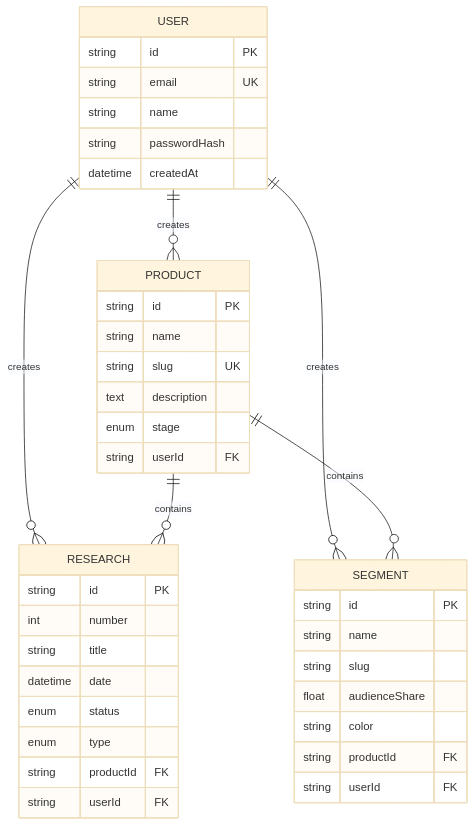
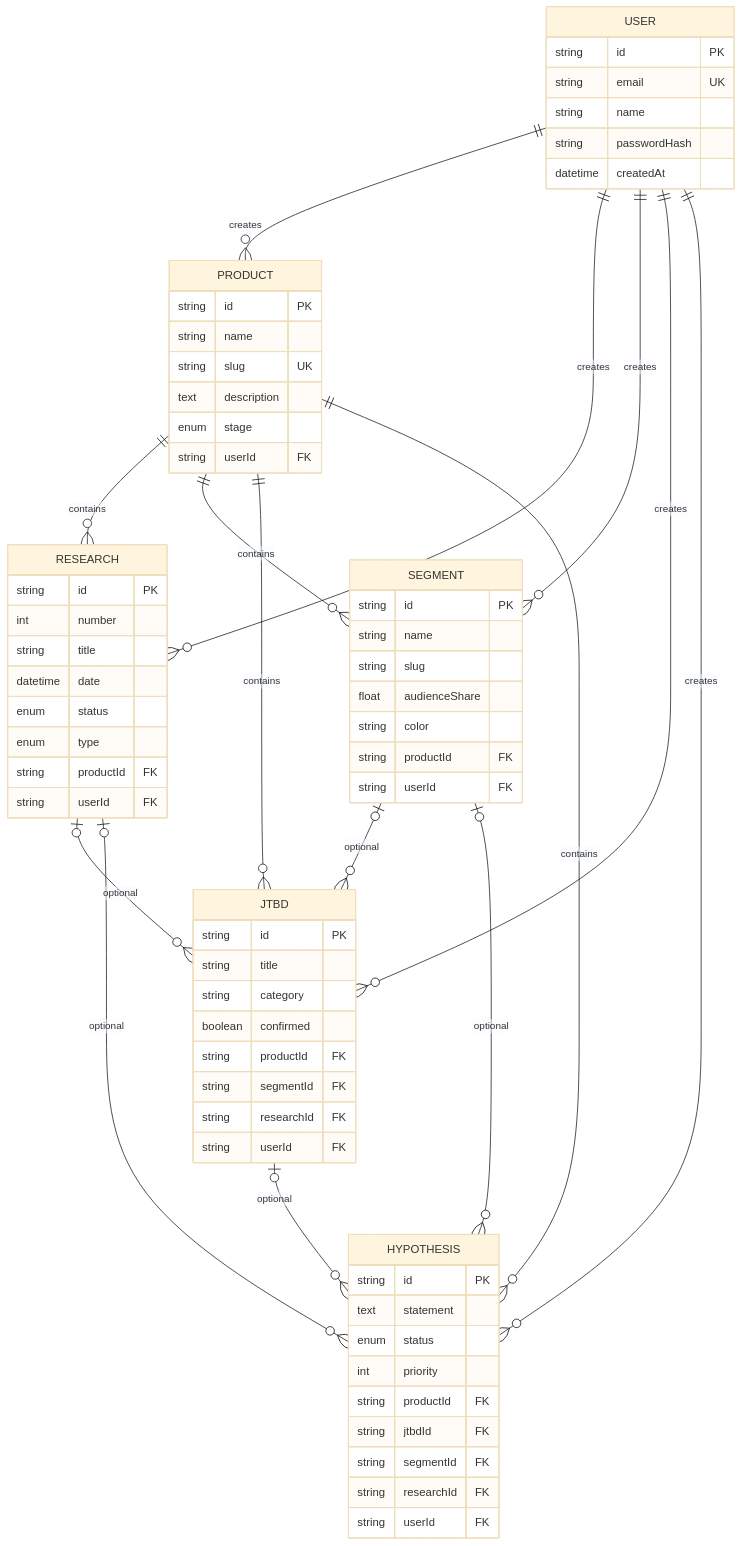
Before and after one commit to izumvania-gif/rpm-platform: the fifth of 11 diagrams in plans/mvp-roadmap-visual.md, drawn with Mermaid (base theme). The commit also changed other lines of this file and 2 other files, not shown here.

````diff
--- a/plans/mvp-roadmap-visual.md
+++ b/plans/mvp-roadmap-visual.md
@@ -136,46 +143,78 @@
 ```mermaid
 erDiagram
     USER ||--o{ PRODUCT : creates
     USER ||--o{ RESEARCH : creates
     USER ||--o{ SEGMENT : creates
+    USER ||--o{ JTBD : creates
+    USER ||--o{ HYPOTHESIS : creates
     PRODUCT ||--o{ RESEARCH : contains
     PRODUCT ||--o{ SEGMENT : contains
-    
+    PRODUCT ||--o{ JTBD : contains
+    PRODUCT ||--o{ HYPOTHESIS : contains
+    SEGMENT |o--o{ JTBD : "optional"
+    RESEARCH |o--o{ JTBD : "optional"
+    SEGMENT |o--o{ HYPOTHESIS : "optional"
+    RESEARCH |o--o{ HYPOTHESIS : "optional"
+    JTBD |o--o{ HYPOTHESIS : "optional"
+
     USER {
         string id PK
         string email UK
         string name
         string passwordHash
         datetime createdAt
     }
-    
+
     PRODUCT {
         string id PK
         string name
         string slug UK
         text description
         enum stage
         string userId FK
     }
-    
+
     RESEARCH {
         string id PK
         int number
         string title
         datetime date
         enum status
         enum type
         string productId FK
         string userId FK
     }
-    
+
     SEGMENT {
         string id PK
         string name
         string slug
         float audienceShare
         string color
         string productId FK
         string userId FK
     }
+
+    JTBD {
+        string id PK
+        string title
+        string category
+        boolean confirmed
+        string productId FK
+        string segmentId FK
+        string researchId FK
+        string userId FK
+    }
+
+    HYPOTHESIS {
+        string id PK
+        text statement
+        enum status
+        int priority
+        string productId FK
+        string jtbdId FK
+        string segmentId FK
+        string researchId FK
+        string userId FK
+    }
 ```
````
